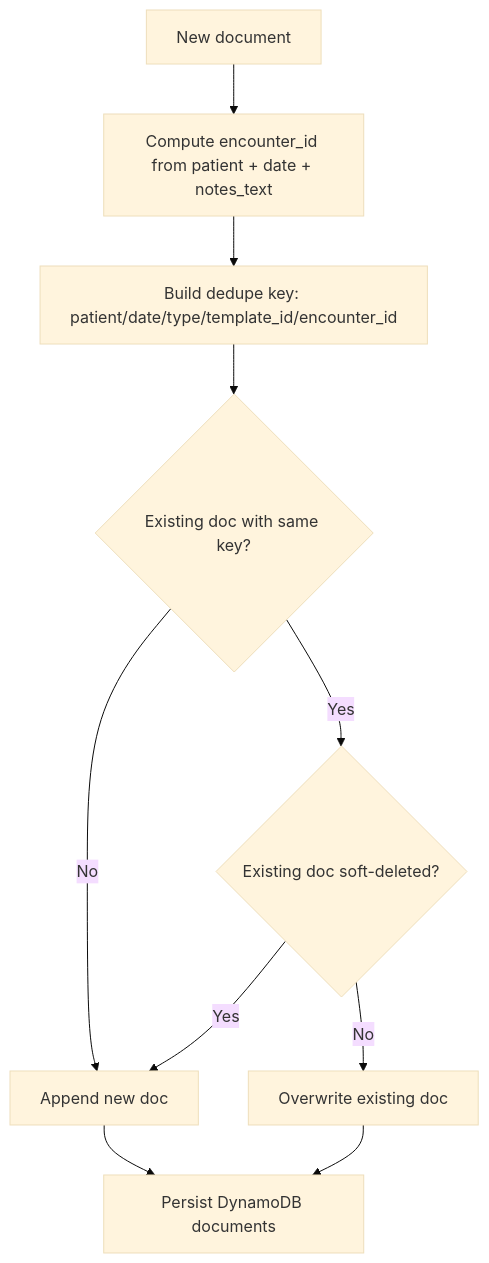
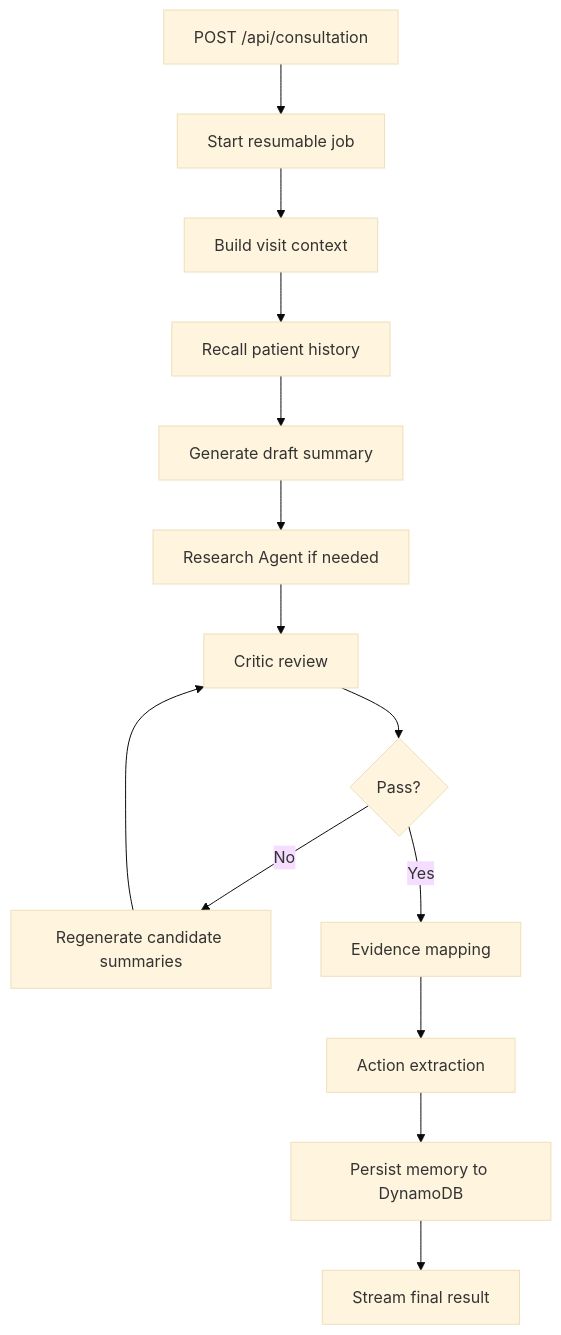
One commit to rhyegacillos/agents-app changed the second of 3 diagrams in ARCHITECTURE_medinotes.md. Above: the diagram before and after it, drawn with Mermaid (base theme). The commit also changed other lines of this file and 14 other files, not shown here.

````diff
--- a/ARCHITECTURE_medinotes.md
+++ b/ARCHITECTURE_medinotes.md
@@ -256,12 +125,16 @@
 ```mermaid
 flowchart TD
-    A[New document] --> B[Compute encounter_id from patient + date + notes_text]
-    B --> C[Build dedupe key: patient/date/type/template_id/encounter_id]
-    C --> D{Existing doc with same key?}
-    D -- No --> E[Append new doc]
-    D -- Yes --> F{Existing doc soft-deleted?}
-    F -- Yes --> E
-    F -- No --> G[Overwrite existing doc]
-    E --> H[Persist DynamoDB documents]
-    G --> H
+    A[POST /api/consultation] --> B[Start resumable job]
+    B --> C[Build visit context]
+    C --> D[Recall patient history]
+    D --> E[Generate draft summary]
+    E --> F[Research Agent if needed]
+    F --> G[Critic review]
+    G --> H{Pass?}
+    H -- No --> I[Regenerate candidate summaries]
+    I --> G
+    H -- Yes --> J[Evidence mapping]
+    J --> K[Action extraction]
+    K --> L[Persist memory to DynamoDB]
+    L --> M[Stream final result]
 ```
````
